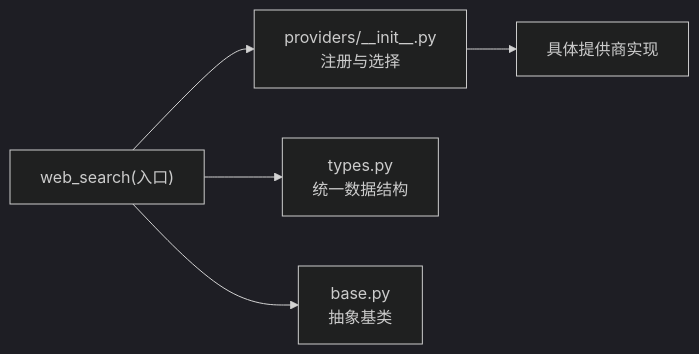
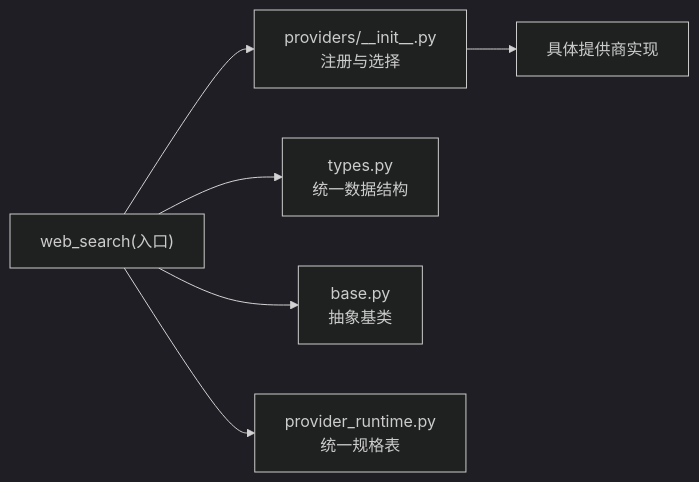
The sixth of 6 diagrams in .qoder/repowiki/zh/content/工具系统/内置工具/网络工具.md (gongzili456/DeepTutor), drawn with Mermaid (dark theme) before and after one commit. The commit also changed other lines of this file and 289 other files, not shown here.

````diff
--- a/.qoder/repowiki/zh/content/工具系统/内置工具/网络工具.md
+++ b/.qoder/repowiki/zh/content/工具系统/内置工具/网络工具.md
@@ -261,7 +360,8 @@
 ```mermaid
 graph LR
 A["web_search(入口)"] --> B["providers/__init__.py<br/>注册与选择"]
 B --> C["具体提供商实现"]
 A --> D["types.py<br/>统一数据结构"]
 A --> E["base.py<br/>抽象基类"]
+A --> F["provider_runtime.py<br/>统一规格表"]
 ```
````
